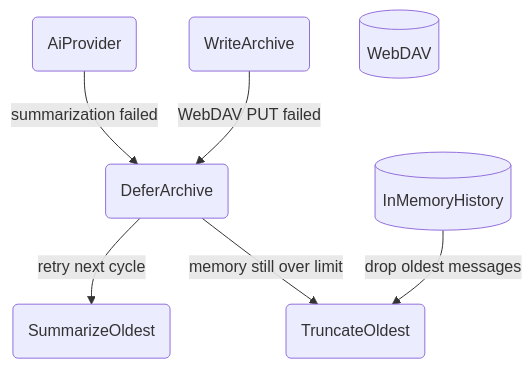
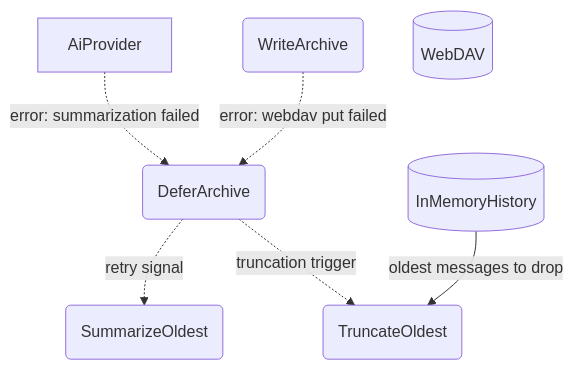
The second of 3 diagrams in _dfds/memory.md (cosmoswafer/rockbot), drawn with Mermaid before and after one commit. The commit also changed other lines of this file and 7 other files, not shown here.

````diff
--- a/_dfds/memory.md
+++ b/_dfds/memory.md
@@ -59,16 +56,16 @@
 ```mermaid
 flowchart TD
     SUMMARIZE(SummarizeOldest)
     ARCHIVE(WriteArchive)
-    AI(AiProvider)
+    AI[AiProvider]
     WEBDAV[(WebDAV)]
     DEFER(DeferArchive)
     TRUNCATE(TruncateOldest)
     STORE[(InMemoryHistory)]
 
-    AI -->|"summarization failed"| DEFER
-    DEFER -->|"retry next cycle"| SUMMARIZE
-    ARCHIVE -->|"WebDAV PUT failed"| DEFER
-    DEFER -->|"memory still over limit"| TRUNCATE
-    STORE -->|"drop oldest messages"| TRUNCATE
+    AI -.->|"error: summarization failed"| DEFER
+    DEFER -.->|"retry signal"| SUMMARIZE
+    ARCHIVE -.->|"error: webdav put failed"| DEFER
+    DEFER -.->|"truncation trigger"| TRUNCATE
+    STORE -->|"oldest messages to drop"| TRUNCATE
 ```
````
